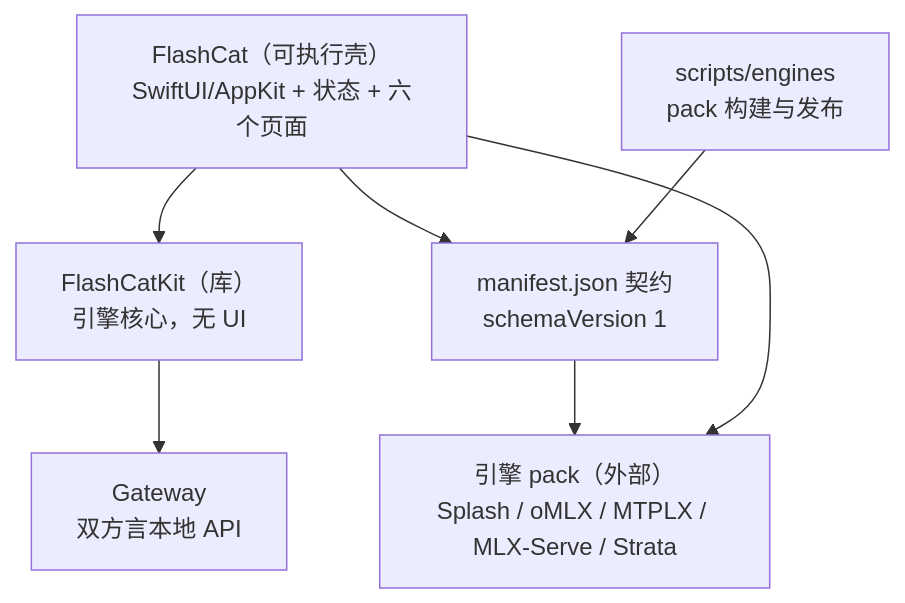
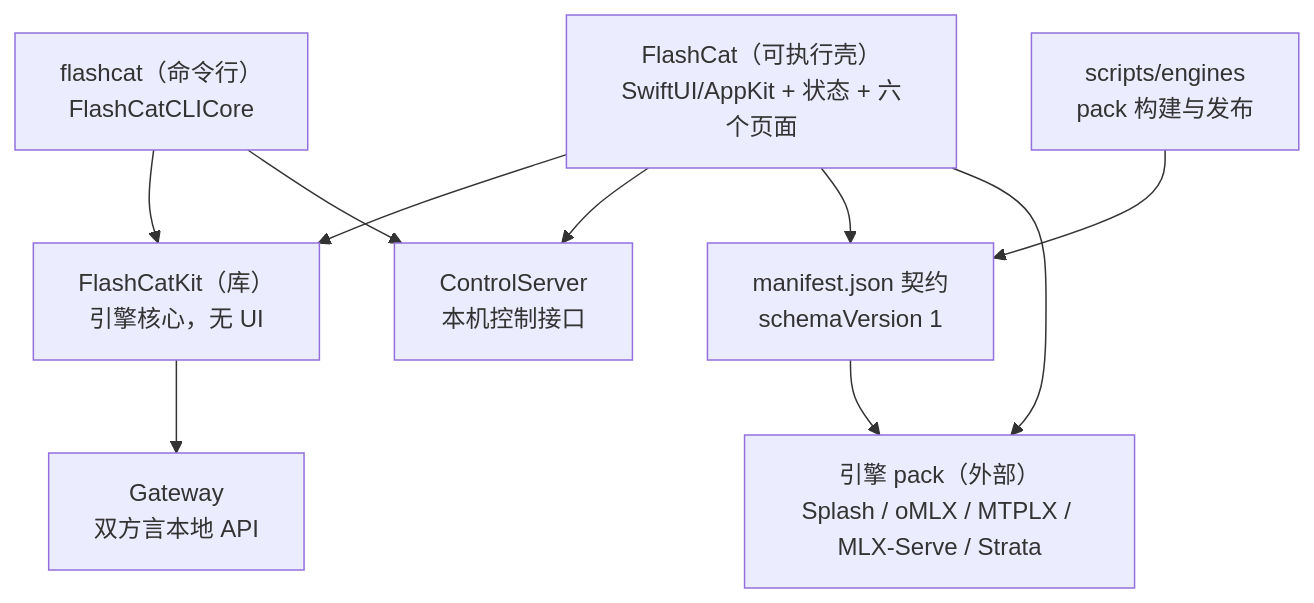
The diagram in architecture.md (imi4u36d/flashCat), drawn with Mermaid before and after one commit. The commit also changed other lines of this file and 76 other files, not shown here.

First line of the commit message:
feat(cli): 新增 flashcat 命令行与本机控制接口

````diff
--- a/architecture.md
+++ b/architecture.md
@@ -16,16 +16,21 @@
 ```mermaid
 graph TD
   App["FlashCat（可执行壳）<br/>SwiftUI/AppKit + 状态 + 六个页面"]
   Kit["FlashCatKit（库）<br/>引擎核心，无 UI"]
+  Control["ControlServer<br/>本机控制接口"]
+  CLI["flashcat（命令行）<br/>FlashCatCLICore"]
   GW["Gateway<br/>双方言本地 API"]
   Packs["scripts/engines<br/>pack 构建与发布"]
   Contract["manifest.json 契约<br/>schemaVersion 1"]
   Engine["引擎 pack（外部）<br/>Splash / oMLX / MTPLX / MLX-Serve / Strata"]
 
   App --> Kit
+  App --> Control
   Kit --> GW
+  CLI --> Kit
+  CLI --> Control
   App --> Contract
   Packs --> Contract
   Contract --> Engine
   App --> Engine
 ```
````
